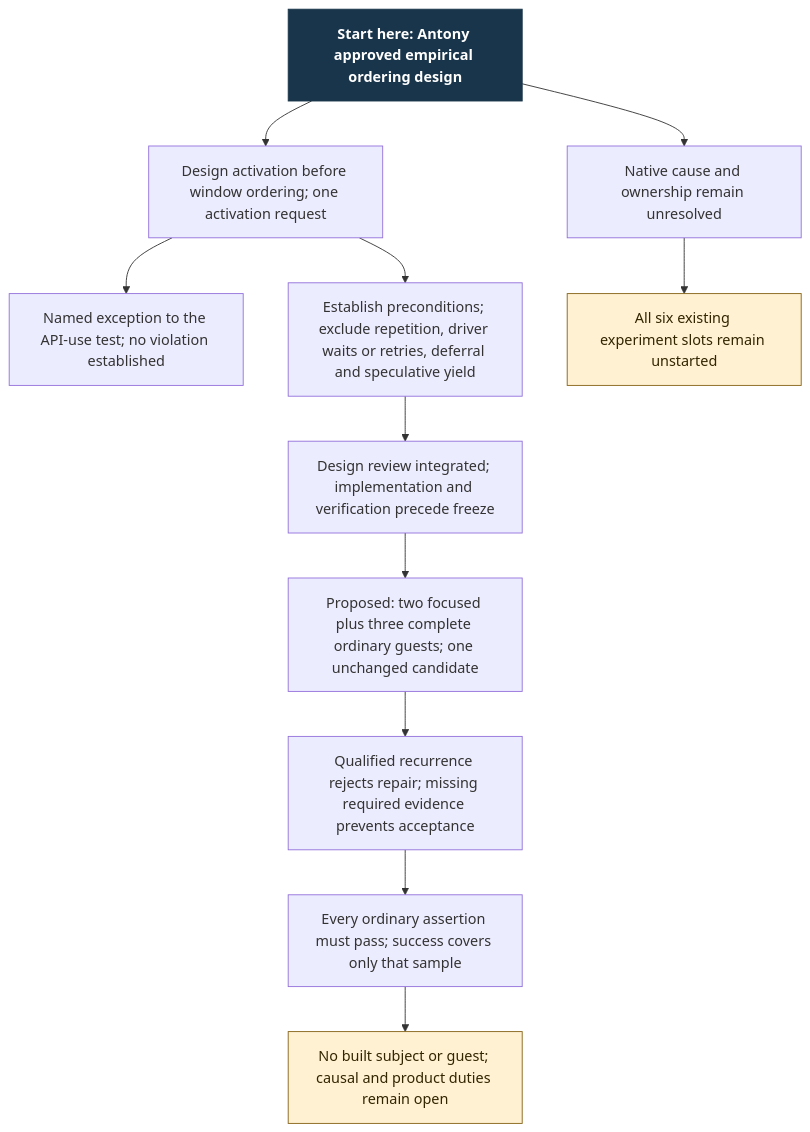
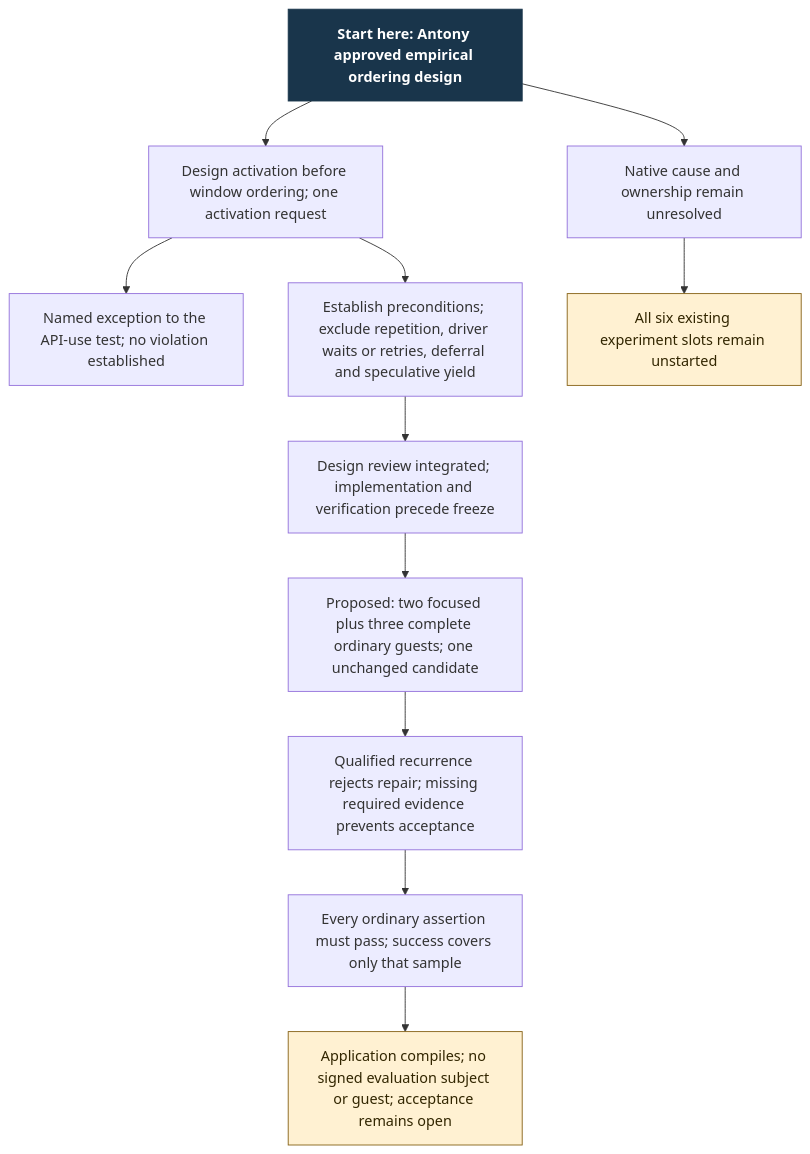
One commit to Linkuistics/Koine changed the diagram in docs/design/architecture/settings-activation/scope-choice.mmd. Above: the diagram before and after it, drawn with Mermaid. The commit also changed 24 other files, not shown here.

```diff
--- a/docs/design/architecture/settings-activation/scope-choice.mmd
+++ b/docs/design/architecture/settings-activation/scope-choice.mmd
@@ -1,14 +1,14 @@
 flowchart TD
     S["Start here: Antony approved empirical ordering design"]:::start
     S --> A["Design activation before window ordering; one activation request"]
     A --> J["Named exception to the API-use test; no violation established"]
     A --> A1["Establish preconditions; exclude repetition, driver waits or retries, deferral and speculative yield"]
     A1 --> A2["Design review integrated; implementation and verification precede freeze"]
     A2 --> T["Proposed: two focused plus three complete ordinary guests; one unchanged candidate"]
     T --> F["Qualified recurrence rejects repair; missing required evidence prevents acceptance"]
     F --> P["Every ordinary assertion must pass; success covers only that sample"]
     S --> C["Native cause and ownership remain unresolved"]
     C --> H["All six existing experiment slots remain unstarted"]:::hold
-    P --> N["No built subject or guest; causal and product duties remain open"]:::hold
+    P --> N["Application compiles; no signed evaluation subject or guest; acceptance remains open"]:::hold
     classDef start fill:#19354b,color:#fff,font-weight:bold,stroke:#19354b
     classDef hold fill:#fff1d2,color:#322600,stroke:#866216
```
